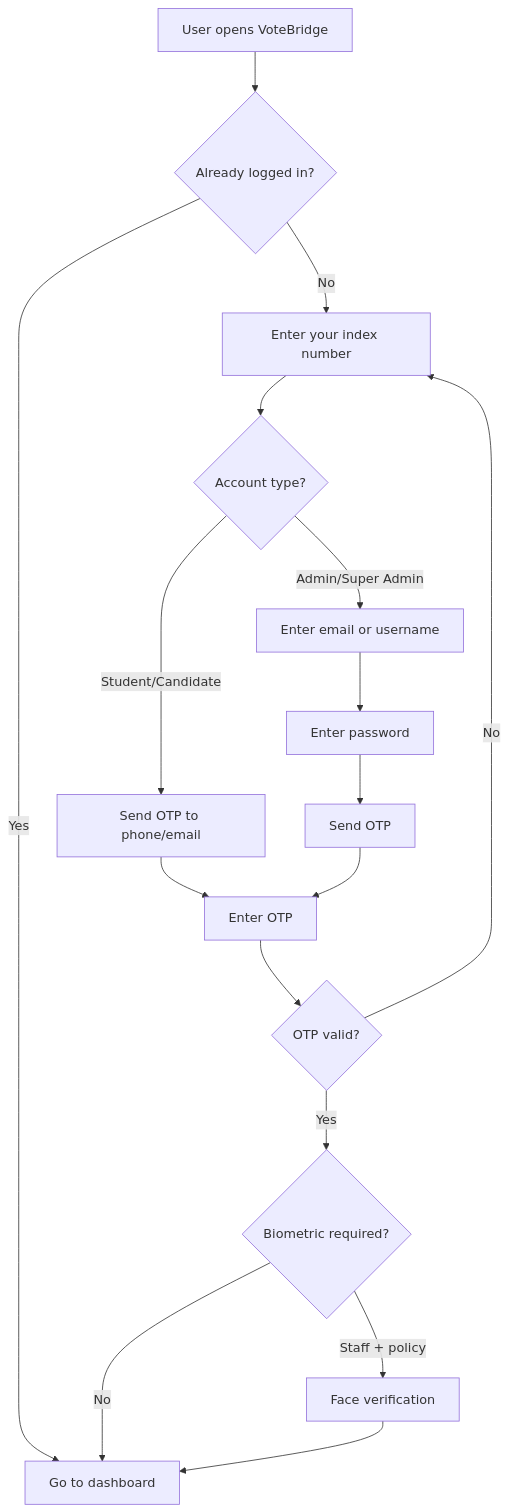
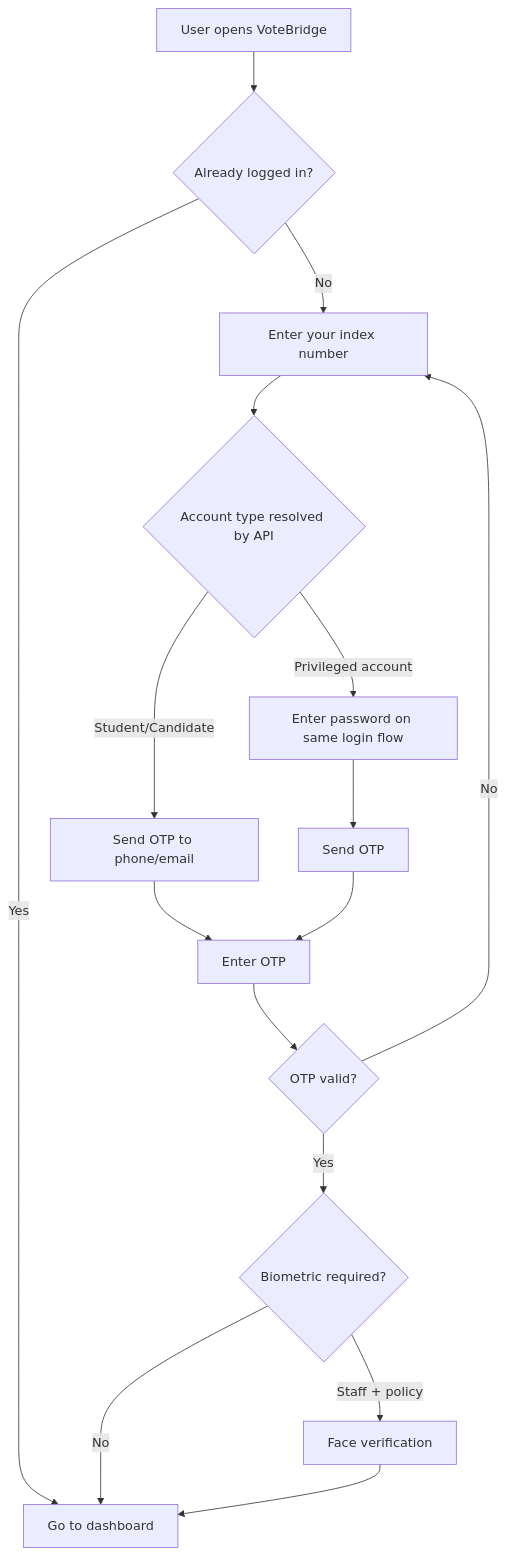
The first of 10 diagrams in docs/system/FLOWCHARTS.md (androidnega/votebridge), drawn with Mermaid before and after one commit. The commit also changed other lines of this file and 10 other files, not shown here.

````diff
--- a/docs/system/FLOWCHARTS.md
+++ b/docs/system/FLOWCHARTS.md
@@ -9,19 +9,18 @@
 ```mermaid
 flowchart TD
     A[User opens VoteBridge] --> B{Already logged in?}
     B -->|Yes| C[Go to dashboard]
     B -->|No| D[Enter your index number]
-    D --> E{Account type?}
+    D --> E{Account type resolved by API}
     E -->|Student/Candidate| F[Send OTP to phone/email]
-    E -->|Admin/Super Admin| G[Enter email or username]
-    G --> H[Enter password]
-    H --> I[Send OTP]
+    E -->|Privileged account| G[Enter password on same login flow]
+    G --> H[Send OTP]
     F --> K[Enter OTP]
-    I --> K
+    H --> K
     K --> L{OTP valid?}
     L -->|No| D
     L -->|Yes| M{Biometric required?}
     M -->|Staff + policy| N[Face verification]
     M -->|No| C
     N --> C
 ```
````
